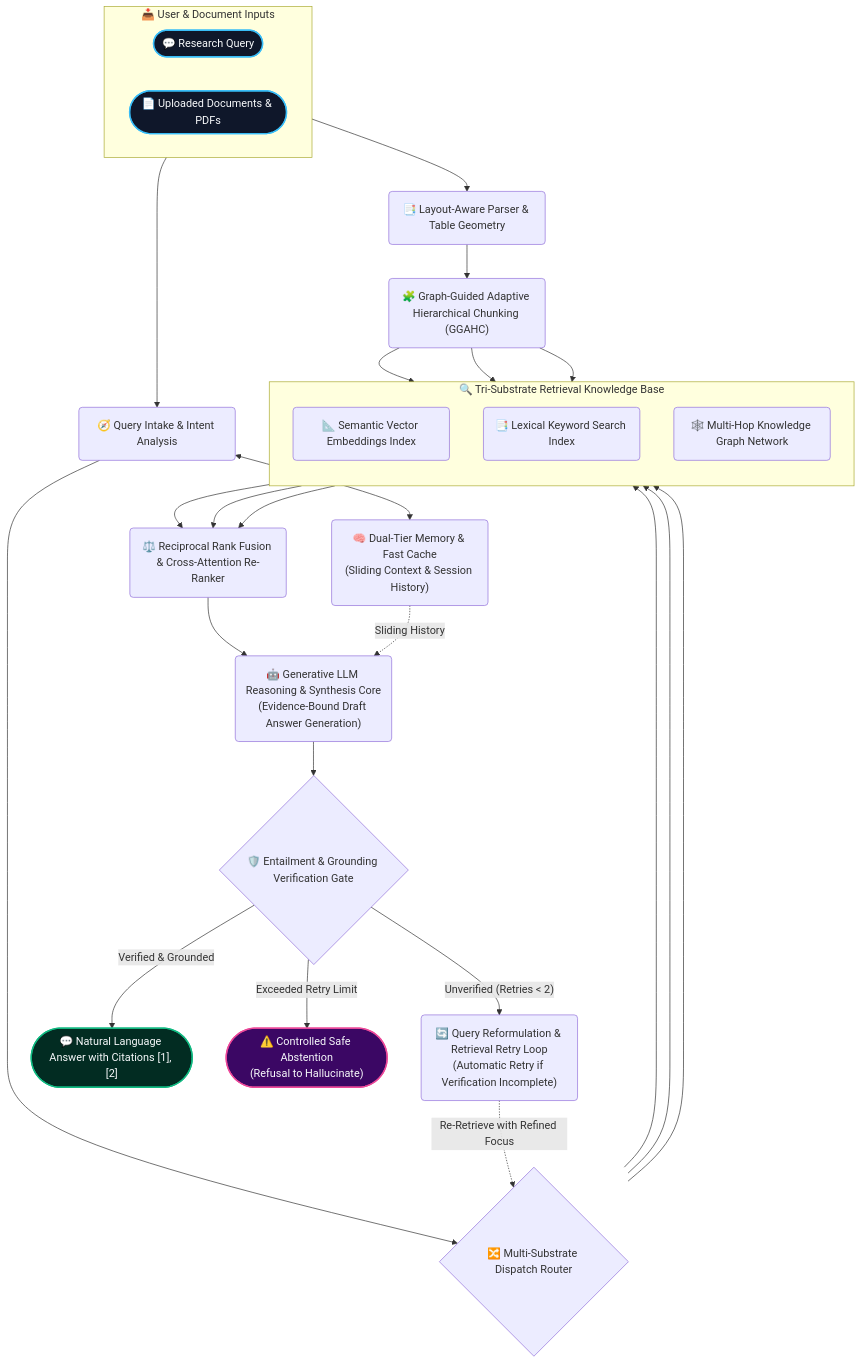
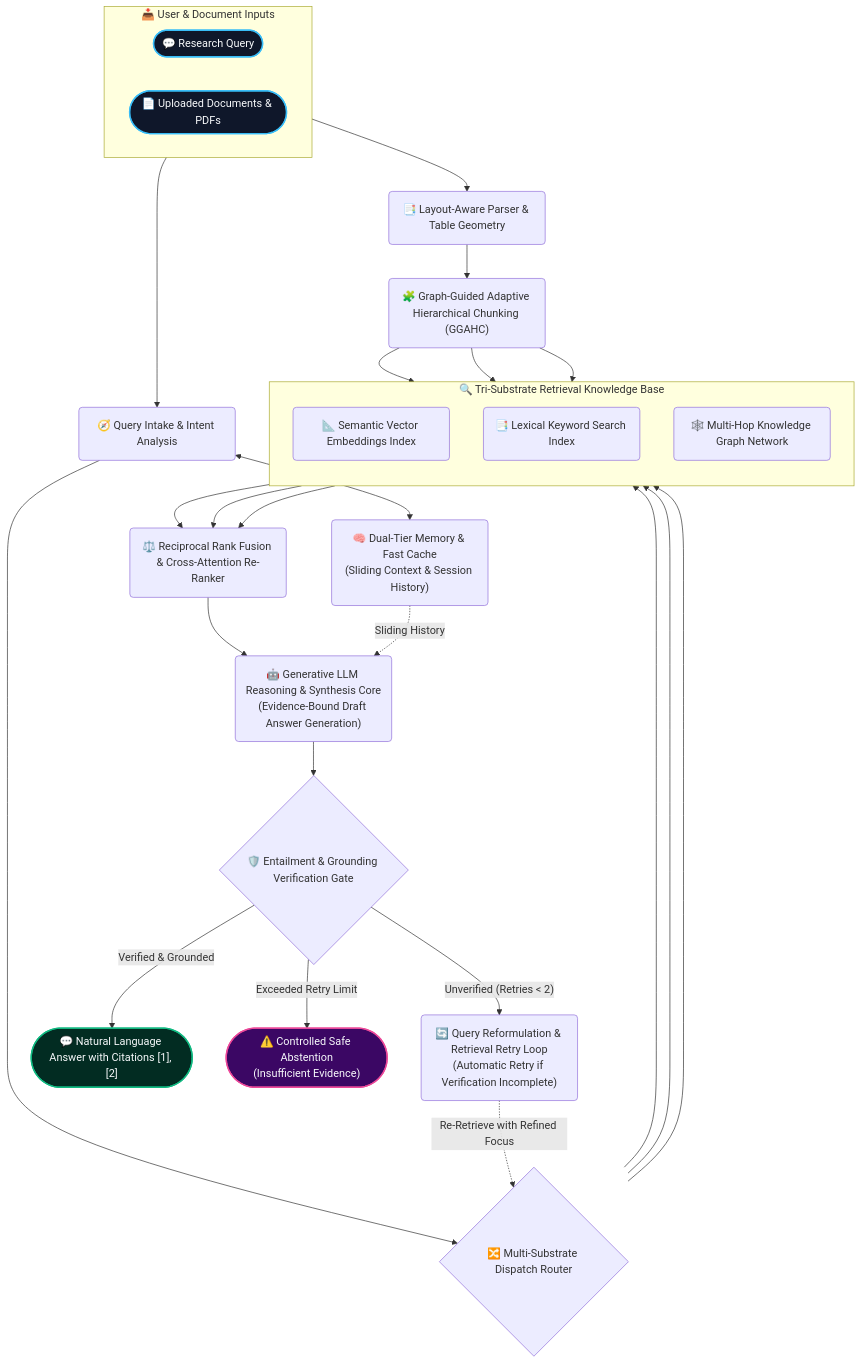
One commit to semanticClimate/RAISE changed the diagram in README.md. Above: the diagram before and after it, drawn with Mermaid. The commit also changed other lines of this file and 137 other files, not shown here.

````diff
--- a/README.md
+++ b/README.md
@@ -36,77 +36,77 @@
 ```mermaid
 flowchart TD
     %% 1. User & Document Inputs at the Top
     subgraph Inputs ["📥 User & Document Inputs"]
         direction LR
         UserQuery(["💬 Research Query"]):::inputNode
         UploadDocs(["📄 Uploaded Documents & PDFs"]):::inputNode
     end
 
     %% 2. Ingestion & Chunking Pipeline (Document Stream)
     DocParser("📑 Layout-Aware Parser & Table Geometry")
     ChunkEngine("🧩 Graph-Guided Adaptive Hierarchical Chunking (GGAHC)")
 
     %% 3. Retrieval Substrates (Clean Rounded Boxes)
     subgraph Substrates ["🔍 Tri-Substrate Retrieval Knowledge Base"]
         direction TB
         DenseStore("📐 Semantic Vector Embeddings Index")
         LexStore("📑 Lexical Keyword Search Index")
         GraphStore("🕸️ Multi-Hop Knowledge Graph Network")
     end
 
     %% 4. Query Stream & Dual-Tier Memory
     QueryIntake("🧭 Query Intake & Intent Analysis")
     MemoryLayer("🧠 Dual-Tier Memory & Fast Cache<br/>(Sliding Context & Session History)")
     DispatchRouter{"🔀 Multi-Substrate Dispatch Router"}
 
     %% 5. Evidence Fusion & LLM Generation Core
     FusionEngine("⚖️ Reciprocal Rank Fusion & Cross-Attention Re-Ranker")
     LLMReasoning("🤖 Generative LLM Reasoning & Synthesis Core<br/>(Evidence-Bound Draft Answer Generation)")
 
     %% 6. Grounding Quality Gate & Retry Engine
     QualityGate{"🛡️ Entailment & Grounding Verification Gate"}
     RetryLoop("🔄 Query Reformulation & Retrieval Retry Loop<br/>(Automatic Retry if Verification Incomplete)")
 
     %% 7. Final Response Outcomes (Positioned at Bottom)
     FinalAnswer(["💬 Natural Language Answer with Citations [1], [2]"]):::resultNode
-    SafeAbstain(["⚠️ Controlled Safe Abstention<br/>(Refusal to Hallucinate)"]):::abstainNode
+    SafeAbstain(["⚠️ Controlled Safe Abstention<br/>(Insufficient Evidence)"]):::abstainNode
 
     %% Edge Connections - Document Flow
     UploadDocs --> DocParser
     DocParser --> ChunkEngine
     ChunkEngine --> DenseStore
     ChunkEngine --> LexStore
     ChunkEngine --> GraphStore
 
     %% Edge Connections - Query Flow
     UserQuery --> QueryIntake
     QueryIntake <--> MemoryLayer
     QueryIntake --> DispatchRouter
 
     DispatchRouter --> DenseStore
     DispatchRouter --> LexStore
     DispatchRouter --> GraphStore
 
     %% Edge Connections - Retrieval to Fusion
     DenseStore --> FusionEngine
     LexStore --> FusionEngine
     GraphStore --> FusionEngine
 
     %% Edge Connections - Fusion to LLM Synthesis
     FusionEngine --> LLMReasoning
     MemoryLayer -. Sliding History .-> LLMReasoning
 
     %% Edge Connections - LLM to Verification Quality Gate
     LLMReasoning --> QualityGate
     QualityGate -- "Unverified (Retries < 2)" --> RetryLoop
     RetryLoop -. Re-Retrieve with Refined Focus .-> DispatchRouter
 
     %% Edge Connections - Final Bottom Outcomes
     QualityGate -- "Verified & Grounded" --> FinalAnswer
     QualityGate -- "Exceeded Retry Limit" --> SafeAbstain
 
     %% Styling Classes
     classDef inputNode fill:#0f172a,stroke:#38bdf8,stroke-width:2px,color:#f8fafc;
     classDef resultNode fill:#022c22,stroke:#10b981,stroke-width:2px,color:#f8fafc;
     classDef abstainNode fill:#3b0764,stroke:#ec4899,stroke-width:2px,color:#f8fafc;
 ```
````
